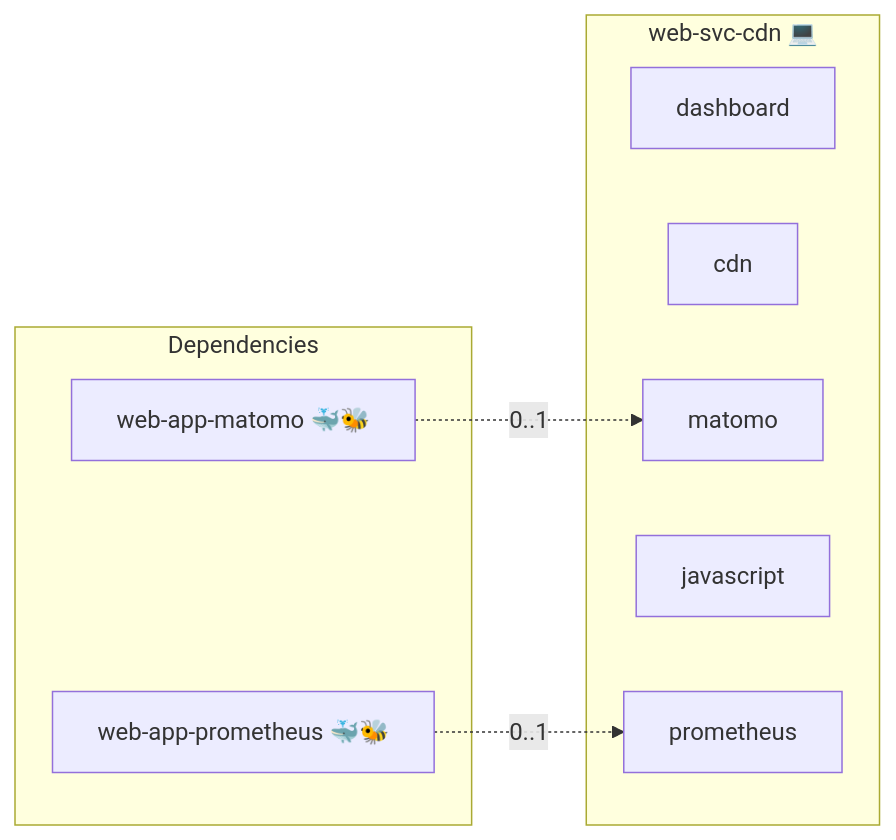
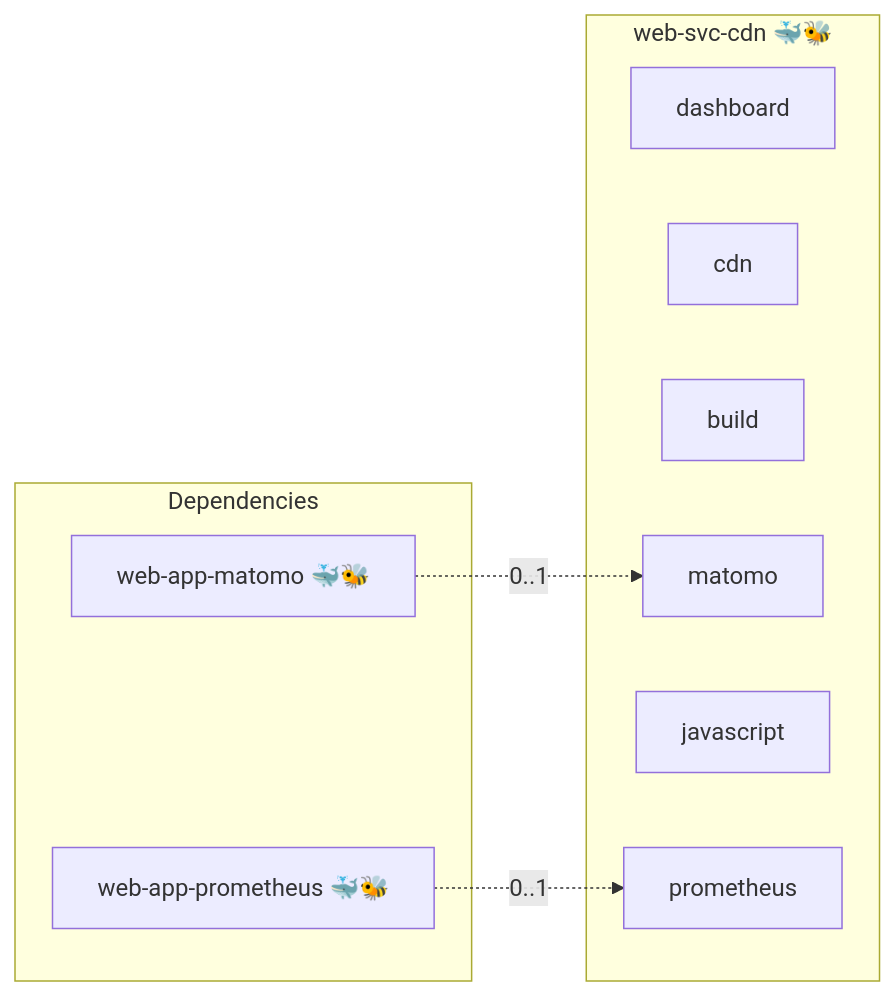
One commit to AlejandroRomanIbanez/infinito-nexus changed the diagram in roles/web-svc-cdn/README.md. Above: the diagram before and after it, drawn with Mermaid. The commit also changed other lines of this file and 13 other files, not shown here.

First line of the commit message:
feat(web-svc-cdn): serve the npm mirror from a compose one-shot build service

````diff
--- a/roles/web-svc-cdn/README.md
+++ b/roles/web-svc-cdn/README.md
@@ -17,16 +17,17 @@
 ```mermaid
 flowchart LR
     subgraph deps [Dependencies]
         dep_web_app_matomo["web-app-matomo 🐳🐝"]
         dep_web_app_prometheus["web-app-prometheus 🐳🐝"]
     end
-    subgraph role [web-svc-cdn 💻]
+    subgraph role [web-svc-cdn 🐳🐝]
         svc_dashboard["dashboard"]
         svc_cdn["cdn"]
+        svc_build["build"]
         svc_matomo["matomo"]
         svc_javascript["javascript"]
         svc_prometheus["prometheus"]
     end
     dep_web_app_matomo -. "0..1" .-> svc_matomo
     dep_web_app_prometheus -. "0..1" .-> svc_prometheus
 ```
````
